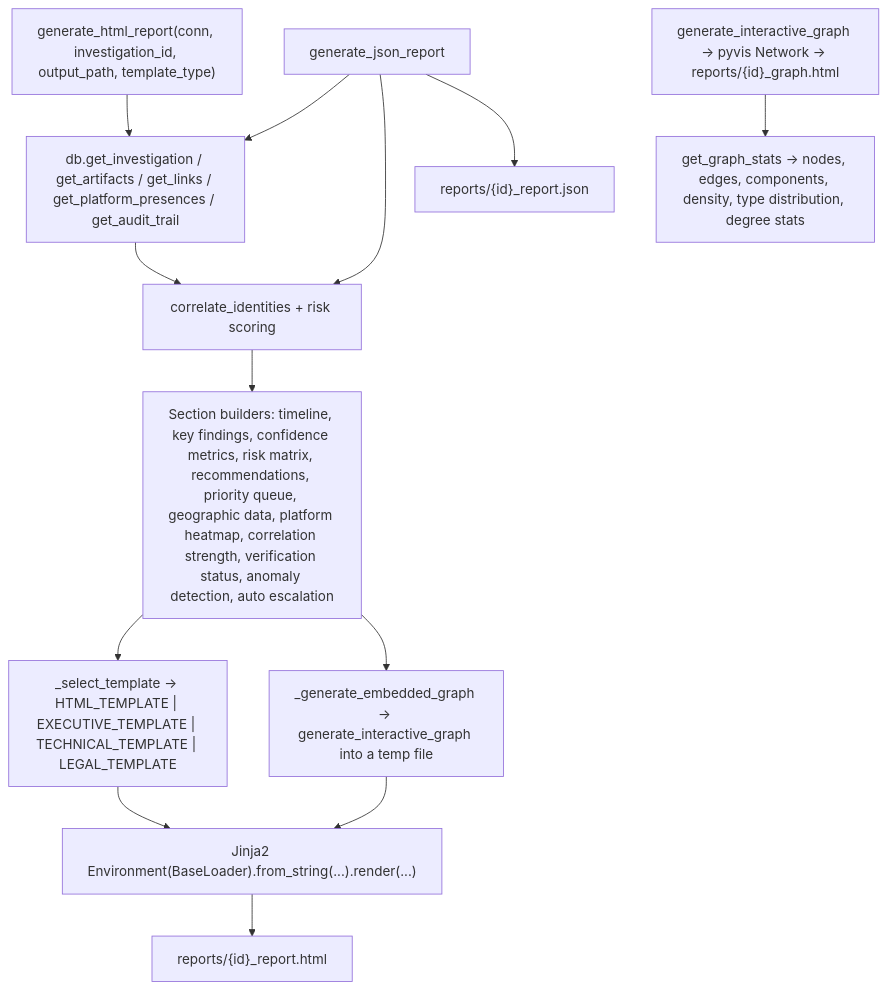
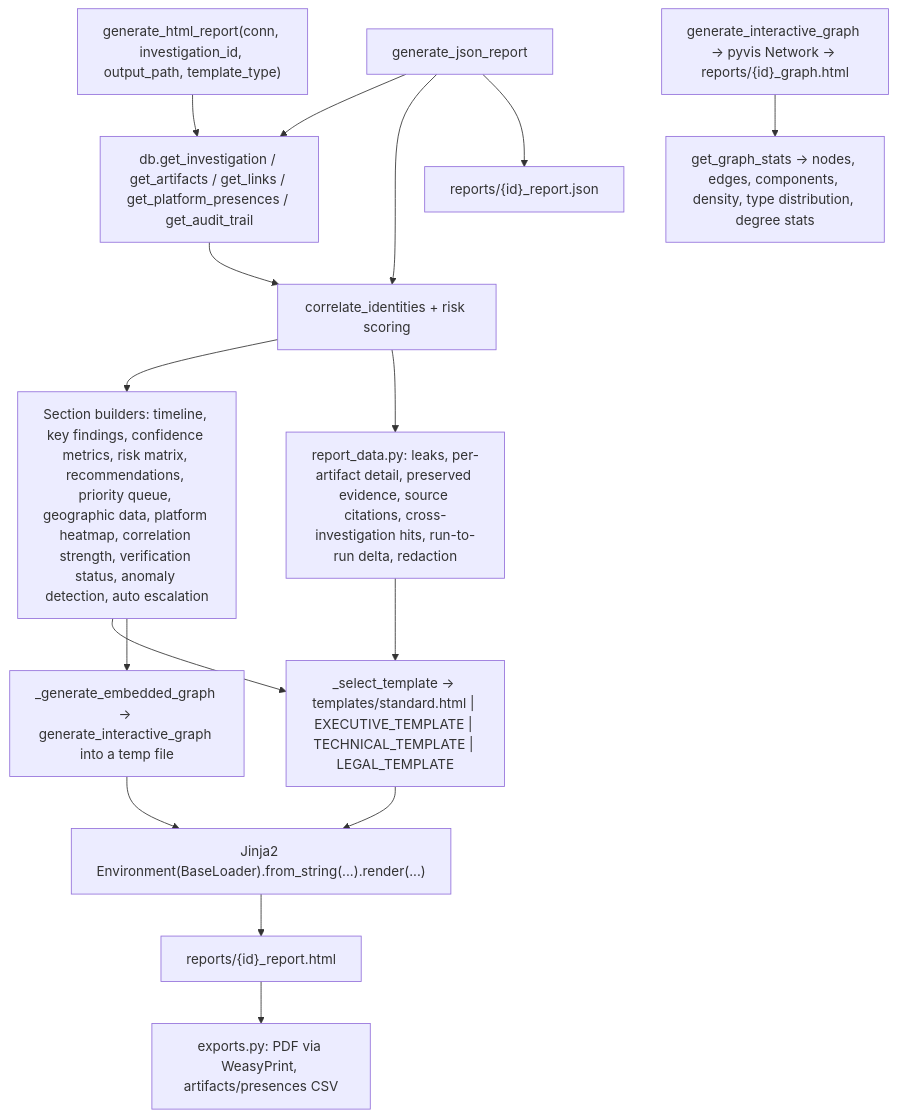
One commit to dhayarajas/gih changed the tenth of 13 diagrams in docs/ARCHITECTURE.md. Above: the diagram before and after it, drawn with Mermaid. The commit also changed other lines of this file and 3 other files, not shown here.

````diff
--- a/docs/ARCHITECTURE.md
+++ b/docs/ARCHITECTURE.md
@@ -415,24 +428,28 @@
 ```mermaid
 graph TD
     GEN["generate_html_report(conn, investigation_id, output_path, template_type)"]
     READ["db.get_investigation / get_artifacts / get_links / get_platform_presences / get_audit_trail"]
     CORR["correlate_identities + risk scoring"]
     SECTIONS["Section builders: timeline, key findings, confidence metrics, risk matrix, recommendations, priority queue, geographic data, platform heatmap, correlation strength, verification status, anomaly detection, auto escalation"]
+    RDATA["report_data.py: leaks, per-artifact detail, preserved evidence, source citations, cross-investigation hits, run-to-run delta, redaction"]
     EMBED["_generate_embedded_graph -> generate_interactive_graph into a temp file"]
-    TPL["_select_template -> HTML_TEMPLATE | EXECUTIVE_TEMPLATE | TECHNICAL_TEMPLATE | LEGAL_TEMPLATE"]
+    TPL["_select_template -> templates/standard.html | EXECUTIVE_TEMPLATE | TECHNICAL_TEMPLATE | LEGAL_TEMPLATE"]
+    EXPORT["exports.py: PDF via WeasyPrint, artifacts/presences CSV"]
     RENDER["Jinja2 Environment(BaseLoader).from_string(...).render(...)"]
     OUT["reports/{id}_report.html"]
 
     JSONGEN["generate_json_report"]
     JSONOUT["reports/{id}_report.json"]
 
     VIZGEN["generate_interactive_graph -> pyvis Network -> reports/{id}_graph.html"]
     STATS["get_graph_stats -> nodes, edges, components, density, type distribution, degree stats"]
 
     GEN --> READ --> CORR --> SECTIONS --> TPL --> RENDER --> OUT
+    CORR --> RDATA --> TPL
     SECTIONS --> EMBED --> RENDER
+    OUT --> EXPORT
     JSONGEN --> READ
     JSONGEN --> CORR
     JSONGEN --> JSONOUT
     VIZGEN --> STATS
 ```
````
